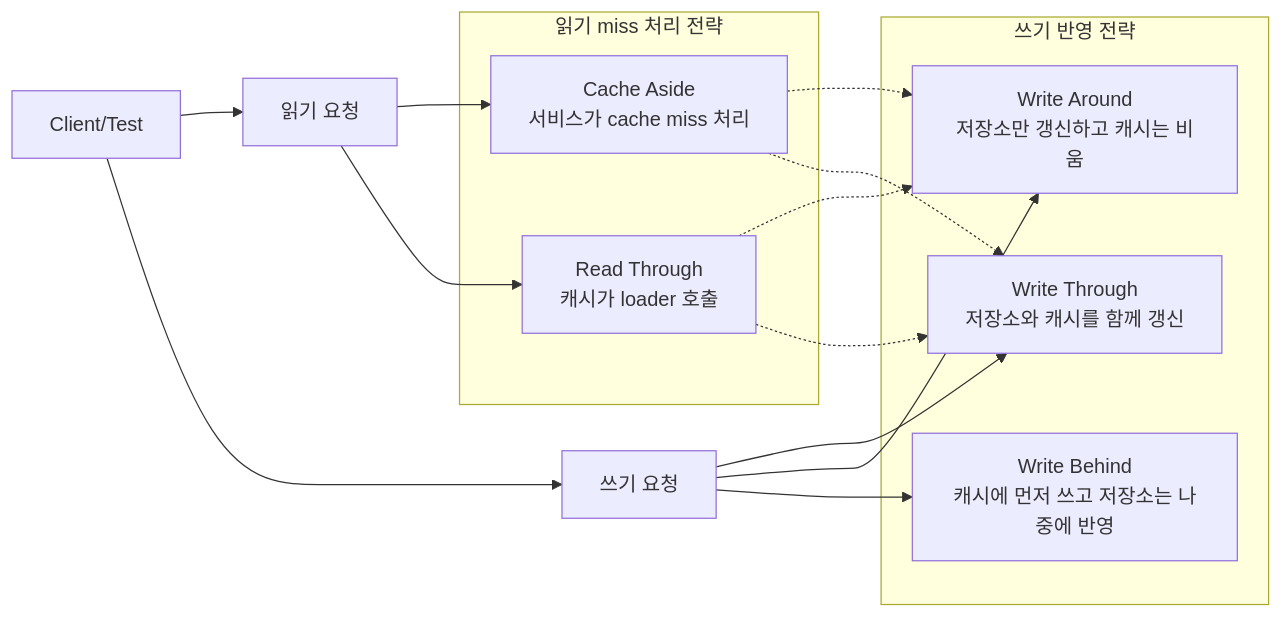
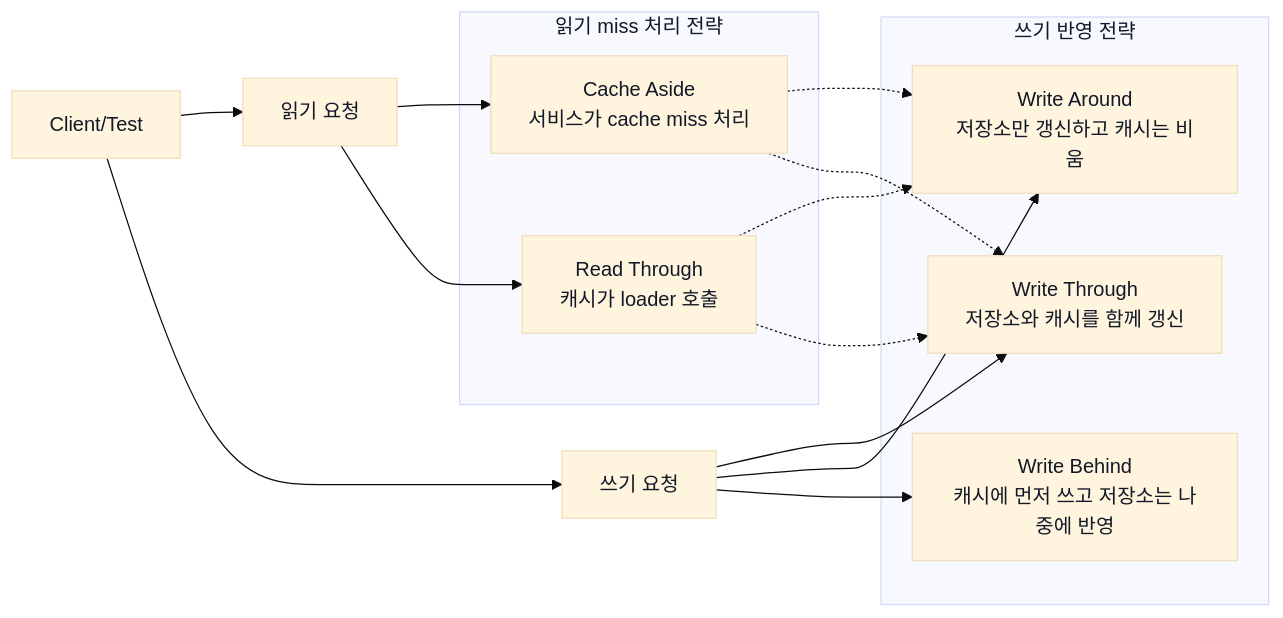
The first of 6 diagrams in labs/cache-patterns/README.md (HJC96/deep-dive), drawn with Mermaid before and after one commit. The commit also changed other lines of this file and 10 other files, not shown here.

````diff
--- a/labs/cache-patterns/README.md
+++ b/labs/cache-patterns/README.md
@@ -9,31 +9,32 @@
 ```mermaid
+%%{init: {"theme": "base", "themeVariables": {"primaryTextColor": "#111827", "secondaryTextColor": "#111827", "tertiaryTextColor": "#111827", "actorTextColor": "#111827", "signalTextColor": "#111827", "labelTextColor": "#111827", "noteTextColor": "#111827", "noteBkgColor": "#ffffff", "noteBorderColor": "#374151", "sequenceNumberColor": "#111827"}}}%%
 flowchart LR
     Client["Client/Test"]
     Read["읽기 요청"]
     Write["쓰기 요청"]
 
     Client --> Read
     Client --> Write
 
     subgraph ReadStrategy["읽기 miss 처리 전략"]
         CacheAside["Cache Aside<br/>서비스가 cache miss 처리"]
         ReadThrough["Read Through<br/>캐시가 loader 호출"]
     end
 
     subgraph WriteStrategy["쓰기 반영 전략"]
         WriteThrough["Write Through<br/>저장소와 캐시를 함께 갱신"]
         WriteAround["Write Around<br/>저장소만 갱신하고 캐시는 비움"]
         WriteBehind["Write Behind<br/>캐시에 먼저 쓰고 저장소는 나중에 반영"]
     end
 
     Read --> CacheAside
     Read --> ReadThrough
     Write --> WriteThrough
     Write --> WriteAround
     Write --> WriteBehind
 
     CacheAside -.-> WriteAround
     CacheAside -.-> WriteThrough
     ReadThrough -.-> WriteAround
     ReadThrough -.-> WriteThrough
 ```
````
